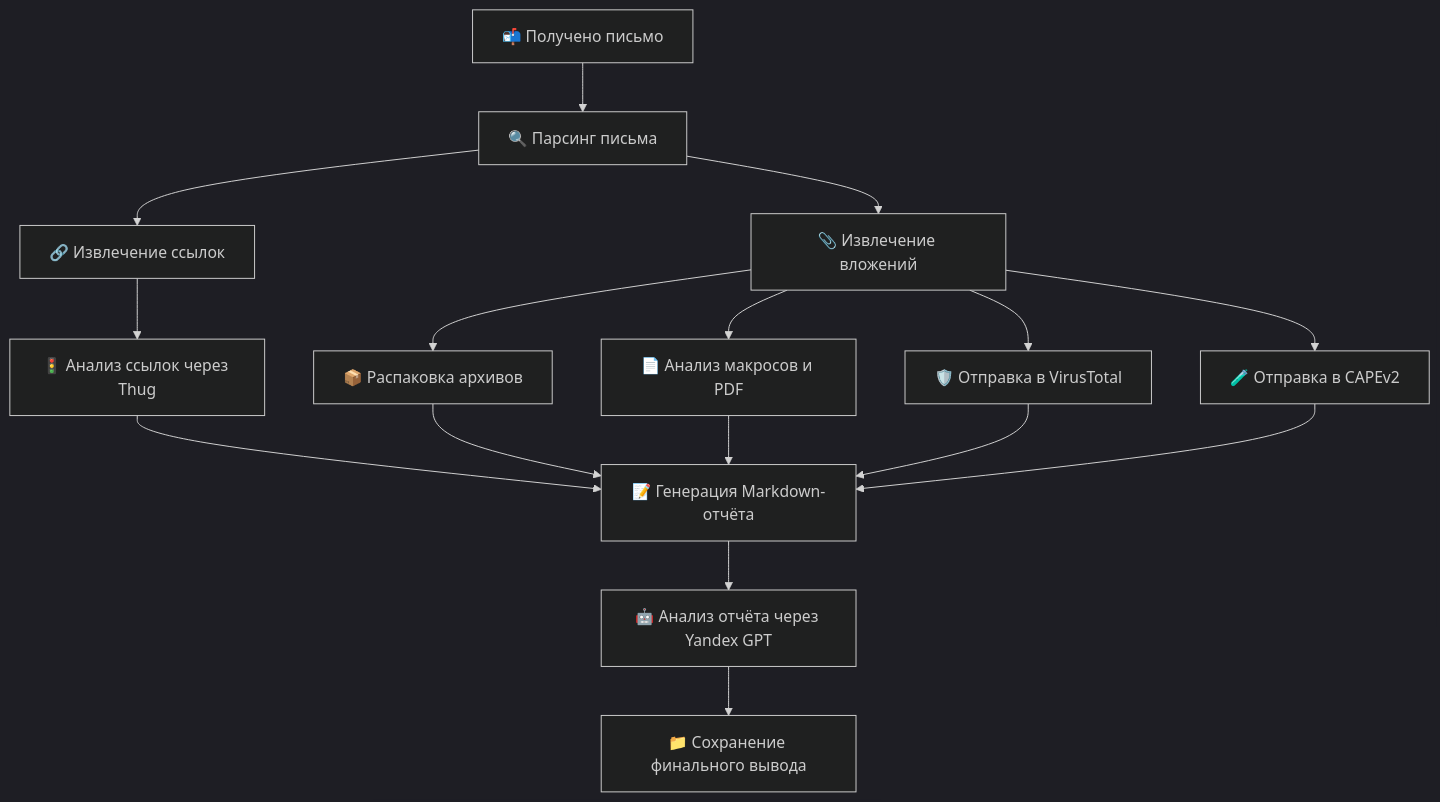
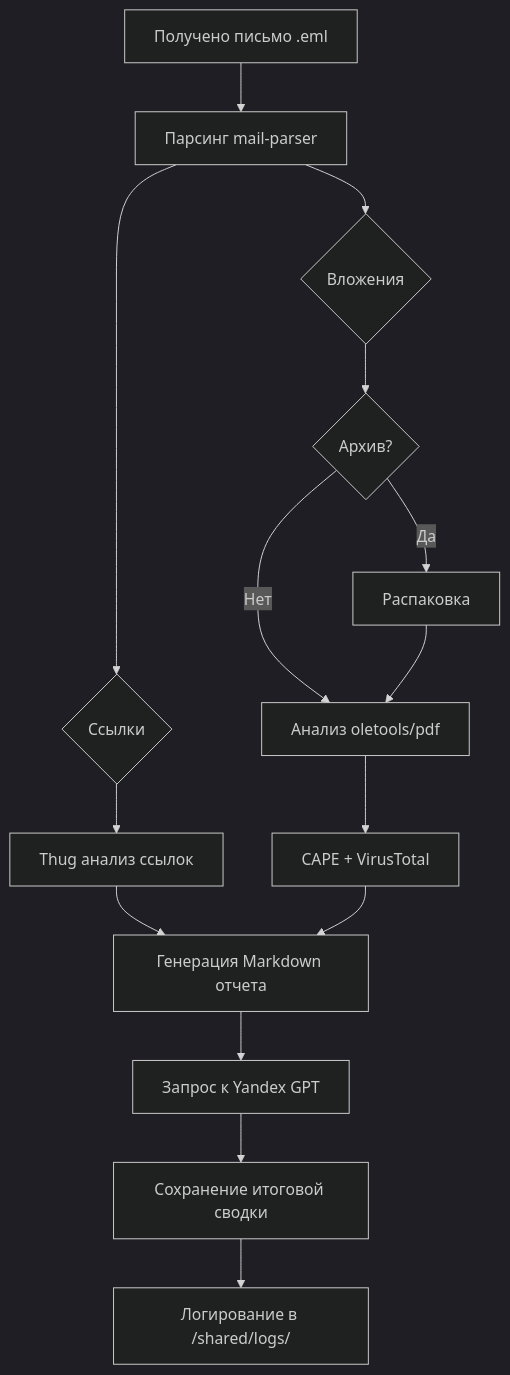
The diagram in README.md (serj12342/email-analyzer), drawn with Mermaid (dark theme) before and after one commit. The commit also changed other lines of this file, not shown here.

````diff
--- a/README.md
+++ b/README.md
@@ -40,14 +55,17 @@
 ```mermaid
-flowchart TD
-    A[📬 Получено письмо] --> B[🔍 Парсинг письма]
-    B --> C[🔗 Извлечение ссылок]
-    B --> D[📎 Извлечение вложений]
-    C --> E[🚦 Анализ ссылок через Thug]
-    D --> F[📦 Распаковка архивов]
-    D --> G[📄 Анализ макросов и PDF]
-    D --> H[🛡️ Отправка в VirusTotal]
-    D --> I[🧪 Отправка в CAPEv2]
-    E & F & G & H & I --> J[📝 Генерация Markdown-отчёта]
-    J --> K[🤖 Анализ отчёта через Yandex GPT]
-    K --> L[📁 Сохранение финального вывода]
+graph TD
+    A[Получено письмо .eml] --> B[Парсинг mail-parser]
+    B --> C{Ссылки}
+    B --> D{Вложения}
+    C --> E[Thug анализ ссылок]
+    D --> F{Архив?}
+    F -->|Да| G[Распаковка]
+    F -->|Нет| H[Анализ oletools/pdf]
+    G --> H
+    H --> I[CAPE + VirusTotal]
+    E --> J
+    I --> J
+    J[Генерация Markdown отчета] --> K[Запрос к Yandex GPT]
+    K --> L[Сохранение итоговой сводки]
+    L --> M[Логирование в /shared/logs/]
 ```
````
